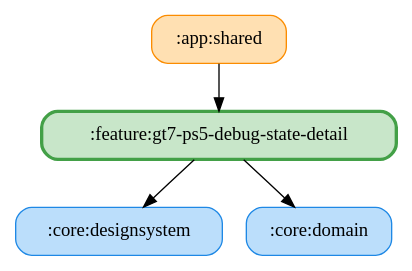
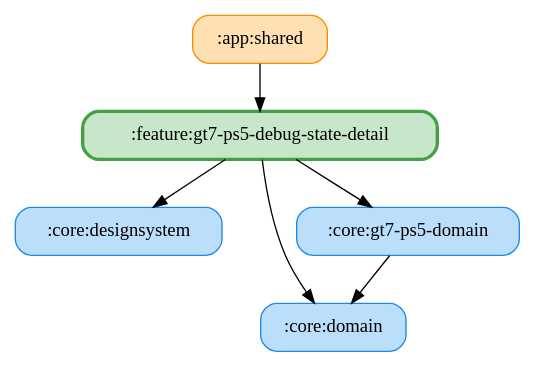
The diagram in docs/graphs/feature-gt7-ps5-debug-state-detail.gv (ai-kurou/KoDriver), drawn with Graphviz before and after one commit. The commit also changed 31 other files, not shown here.

Commit message:
chore: update module graph images

```diff
--- a/docs/graphs/feature-gt7-ps5-debug-state-detail.gv
+++ b/docs/graphs/feature-gt7-ps5-debug-state-detail.gv
@@ -1,11 +1,14 @@
 digraph G {
   rankdir=TB
   node [shape=box, style="rounded,filled"]
   ":app:shared" [fillcolor="#FFE0B2", color="#FB8C00", penwidth=1]
   ":core:designsystem" [fillcolor="#BBDEFB", color="#1E88E5", penwidth=1]
   ":core:domain" [fillcolor="#BBDEFB", color="#1E88E5", penwidth=1]
+  ":core:gt7-ps5-domain" [fillcolor="#BBDEFB", color="#1E88E5", penwidth=1]
   ":feature:gt7-ps5-debug-state-detail" [fillcolor="#C8E6C9", color="#43A047", penwidth=2.5]
   ":app:shared" -> ":feature:gt7-ps5-debug-state-detail"
+  ":core:gt7-ps5-domain" -> ":core:domain"
   ":feature:gt7-ps5-debug-state-detail" -> ":core:domain"
+  ":feature:gt7-ps5-debug-state-detail" -> ":core:gt7-ps5-domain"
   ":feature:gt7-ps5-debug-state-detail" -> ":core:designsystem"
 }
```
